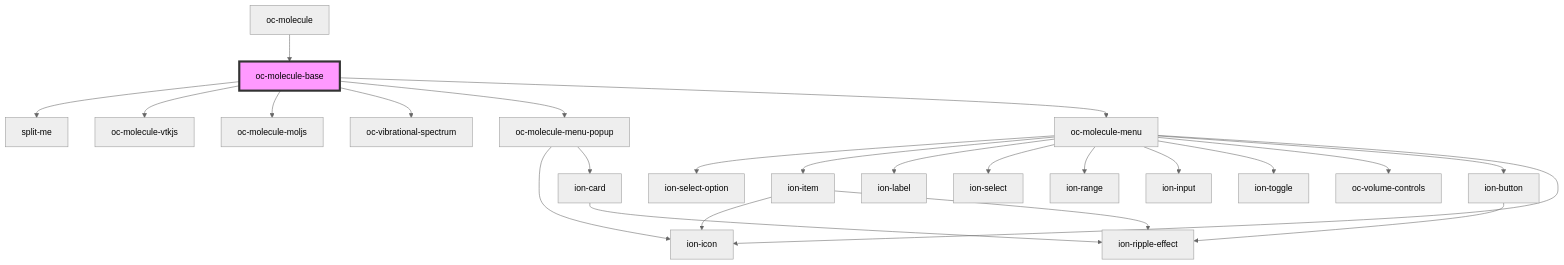
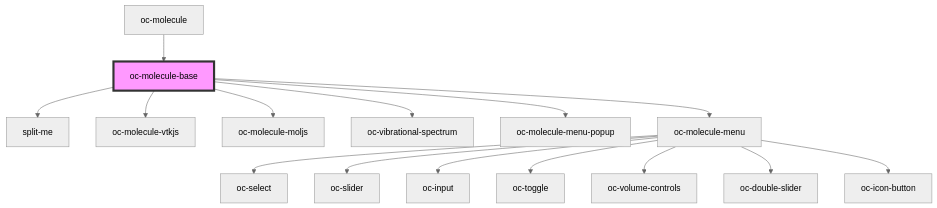
Before and after one commit to OpenChemistry/oc-web-components: the diagram in packages/molecule/src/components/molecule/readme.md, drawn with Mermaid (neutral theme). The commit also changed 45 other files, not shown here.

First line of the commit message:
Remove @ionic/core dependency from the molecule-menu

````diff
--- a/packages/molecule/src/components/molecule/readme.md
+++ b/packages/molecule/src/components/molecule/readme.md
@@ -78,27 +78,18 @@
 ```mermaid
 graph TD;
   oc-molecule-base --> split-me
   oc-molecule-base --> oc-molecule-vtkjs
   oc-molecule-base --> oc-molecule-moljs
   oc-molecule-base --> oc-vibrational-spectrum
   oc-molecule-base --> oc-molecule-menu-popup
   oc-molecule-base --> oc-molecule-menu
-  oc-molecule-menu-popup --> ion-icon
-  oc-molecule-menu-popup --> ion-card
-  ion-card --> ion-ripple-effect
-  oc-molecule-menu --> ion-select-option
-  oc-molecule-menu --> ion-item
-  oc-molecule-menu --> ion-label
-  oc-molecule-menu --> ion-select
-  oc-molecule-menu --> ion-range
-  oc-molecule-menu --> ion-input
-  oc-molecule-menu --> ion-toggle
+  oc-molecule-menu --> oc-select
+  oc-molecule-menu --> oc-slider
+  oc-molecule-menu --> oc-input
+  oc-molecule-menu --> oc-toggle
   oc-molecule-menu --> oc-volume-controls
-  oc-molecule-menu --> ion-button
-  oc-molecule-menu --> ion-icon
-  ion-item --> ion-icon
-  ion-item --> ion-ripple-effect
-  ion-button --> ion-ripple-effect
+  oc-molecule-menu --> oc-double-slider
+  oc-molecule-menu --> oc-icon-button
   oc-molecule --> oc-molecule-base
   style oc-molecule-base fill:#f9f,stroke:#333,stroke-width:4px
 ```
````
